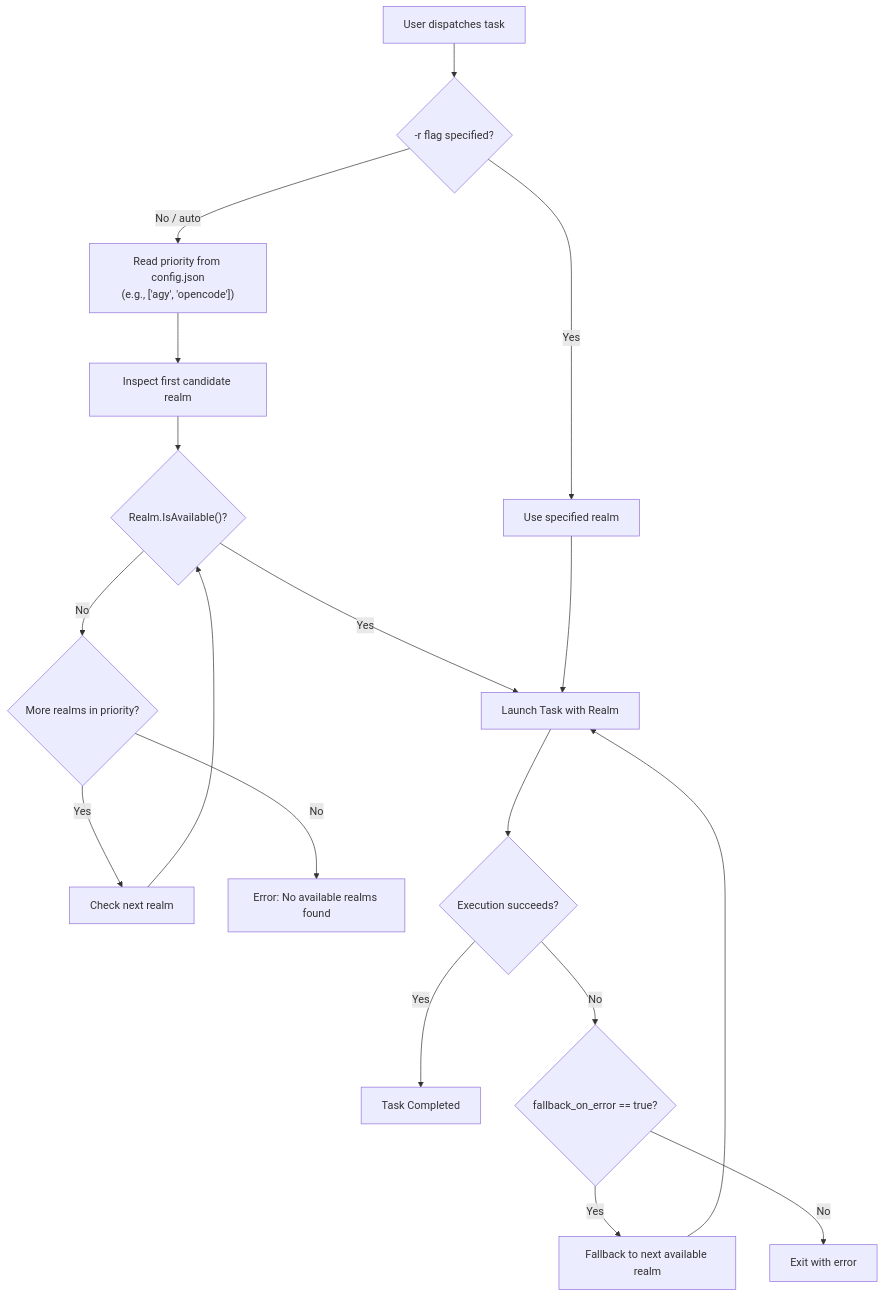
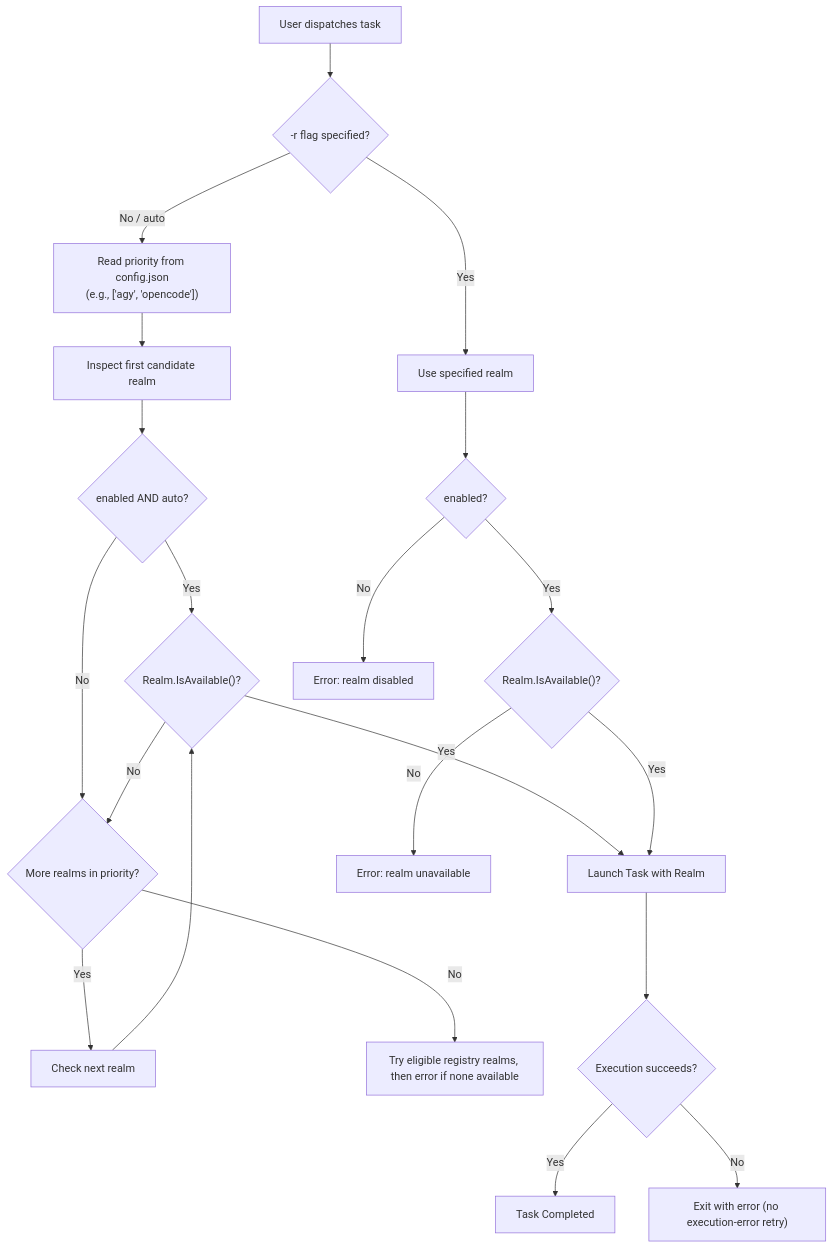
The diagram in docs/realms.md (FullFran/bifrost), drawn with Mermaid before and after one commit. The commit also changed other lines of this file and 8 other files, not shown here.

````diff
--- a/docs/realms.md
+++ b/docs/realms.md
@@ -70,24 +80,27 @@
 ```mermaid
 flowchart TD
     Start["User dispatches task"] --> CheckFlag{"-r flag specified?"}
     
     CheckFlag -->|Yes| TargetRealm["Use specified realm"]
     CheckFlag -->|No / auto| LoadPriority["Read priority from config.json<br/>(e.g., ['agy', 'opencode'])"]
     
     LoadPriority --> IterateRealms["Inspect first candidate realm"]
-    IterateRealms --> IsAvail{"Realm.IsAvailable()?"}
+    IterateRealms --> Policy{"enabled AND auto?"}
+    Policy -->|Yes| IsAvail{"Realm.IsAvailable()?"}
+    Policy -->|No| HasNext
     
     IsAvail -->|No| HasNext{"More realms in priority?"}
     HasNext -->|Yes| NextRealm["Check next realm"] --> IsAvail
-    HasNext -->|No| FailAvail["Error: No available realms found"]
+    HasNext -->|No| FailAvail["Try eligible registry realms, then error if none available"]
     
     IsAvail -->|Yes| LaunchTask["Launch Task with Realm"]
-    TargetRealm --> LaunchTask
+    TargetRealm --> Enabled{"enabled?"}
+    Enabled -->|Yes| ExplicitAvail{"Realm.IsAvailable()?"}
+    Enabled -->|No| Rejected["Error: realm disabled"]
+    ExplicitAvail -->|Yes| LaunchTask
+    ExplicitAvail -->|No| Unavailable["Error: realm unavailable"]
     
     LaunchTask --> RunTask{"Execution succeeds?"}
     RunTask -->|Yes| Success["Task Completed"]
-    RunTask -->|No| CheckFallback{"fallback_on_error == true?"}
-    
-    CheckFallback -->|Yes| TryNext["Fallback to next available realm"] --> LaunchTask
-    CheckFallback -->|No| Error["Exit with error"]
+    RunTask -->|No| Error["Exit with error (no execution-error retry)"]
 ```
````
